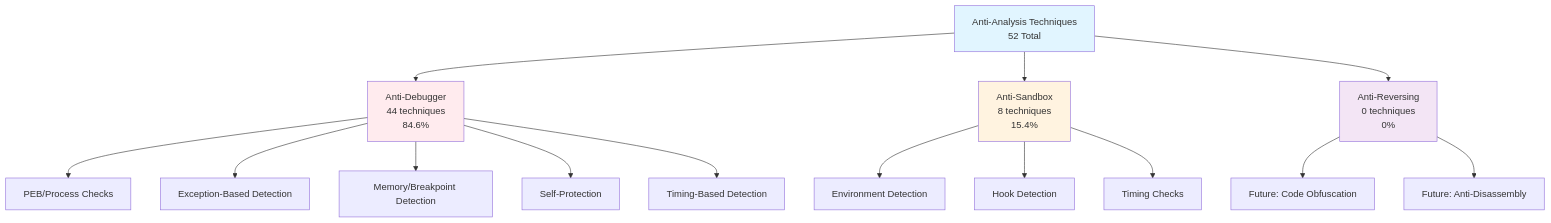
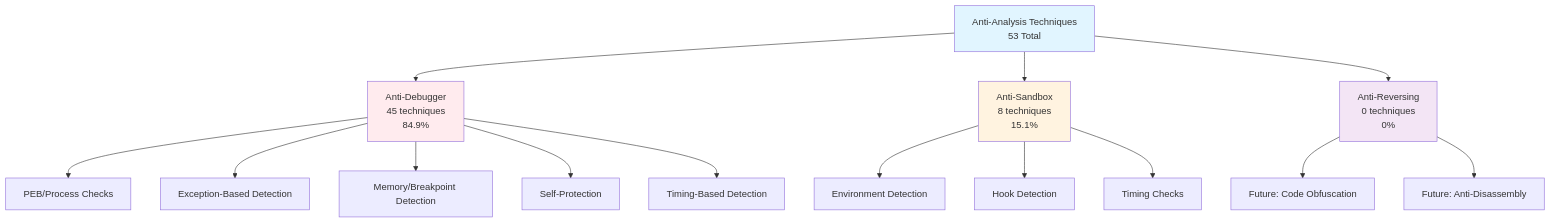
Before and after one commit to mabj/anti: the first of 8 diagrams in docs/diagrams/taxonomy.md, drawn with Mermaid. The commit also changed other lines of this file and 7 other files, not shown here.

````diff
--- a/docs/diagrams/taxonomy.md
+++ b/docs/diagrams/taxonomy.md
@@ -7,24 +7,24 @@
 ```mermaid
 graph TB
-    A[Anti-Analysis Techniques<br/>52 Total] --> B[Anti-Debugger<br/>44 techniques<br/>84.6%]
-    A --> C[Anti-Sandbox<br/>8 techniques<br/>15.4%]
+    A[Anti-Analysis Techniques<br/>53 Total] --> B[Anti-Debugger<br/>45 techniques<br/>84.9%]
+    A --> C[Anti-Sandbox<br/>8 techniques<br/>15.1%]
     A --> D[Anti-Reversing<br/>0 techniques<br/>0%]
 
     B --> B1[PEB/Process Checks]
     B --> B2[Exception-Based Detection]
     B --> B3[Memory/Breakpoint Detection]
     B --> B4[Self-Protection]
     B --> B5[Timing-Based Detection]
 
     C --> C1[Environment Detection]
     C --> C2[Hook Detection]
     C --> C3[Timing Checks]
 
     D --> D1[Future: Code Obfuscation]
     D --> D2[Future: Anti-Disassembly]
 
     style A fill:#e1f5ff
     style B fill:#ffebee
     style C fill:#fff3e0
     style D fill:#f3e5f5
 ```
````
